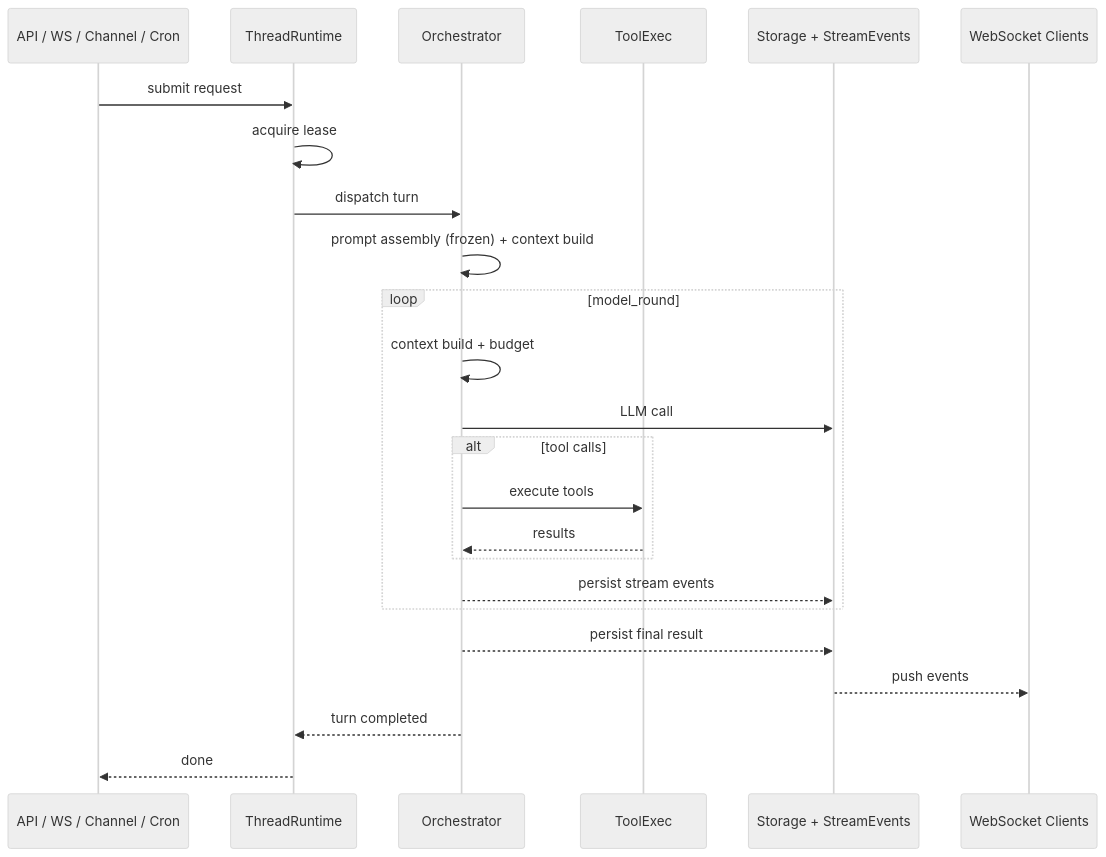
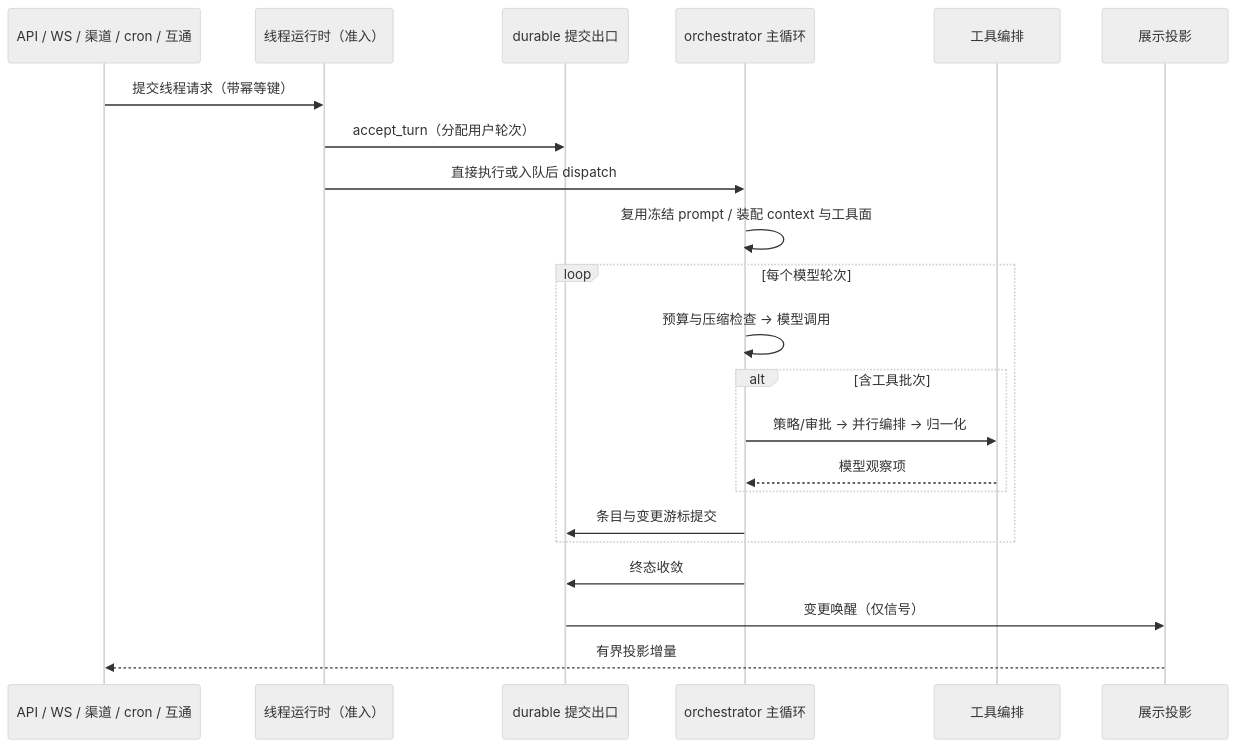
Before and after one commit to ylsdamxssjxxdd/wunder: the diagram in docs/设计文档/02-智能体核心设计.md, drawn with Mermaid (neutral theme). The commit also changed other lines of this file and 124 other files, not shown here.

````diff
--- a/docs/设计文档/02-智能体核心设计.md
+++ b/docs/设计文档/02-智能体核心设计.md
@@ -158,27 +95,25 @@
 ```mermaid
 sequenceDiagram
-  participant Ingress as API / WS / Channel / Cron
-  participant Thread as ThreadRuntime
-  participant Orch as Orchestrator
-  participant Tools as ToolExec
-  participant Store as Storage + StreamEvents
-  participant WS as WebSocket Clients
+  participant Ingress as API / WS / 渠道 / cron / 互通
+  participant RT as 线程运行时（准入）
+  participant Comm as durable 提交出口
+  participant Orch as orchestrator 主循环
+  participant Tools as 工具编排
+  participant View as 展示投影
 
-  Ingress->>Thread: submit request
-  Thread->>Thread: acquire lease
-  Thread->>Orch: dispatch turn
-  Orch->>Orch: prompt assembly (frozen) + context build
-  loop model_round
-    Orch->>Orch: context build + budget
-    Orch->>Store: LLM call
-    alt tool calls
-      Orch->>Tools: execute tools
-      Tools-->>Orch: results
+  Ingress->>RT: 提交线程请求（带幂等键）
+  RT->>Comm: accept_turn（分配用户轮次）
+  RT->>Orch: 直接执行或入队后 dispatch
+  Orch->>Orch: 复用冻结 prompt / 装配 context 与工具面
+  loop 每个模型轮次
+    Orch->>Orch: 预算与压缩检查 → 模型调用
+    alt 含工具批次
+      Orch->>Tools: 策略/审批 → 并行编排 → 归一化
+      Tools-->>Orch: 模型观察项
     end
-    Orch-->>Store: persist stream events
+    Orch->>Comm: 条目与变更游标提交
   end
-  Orch-->>Store: persist final result
-  Store-->>WS: push events
-  Orch-->>Thread: turn completed
-  Thread-->>Ingress: done
+  Orch->>Comm: 终态收敛
+  Comm->>View: 变更唤醒（仅信号）
+  View-->>Ingress: 有界投影增量
 ```
````
